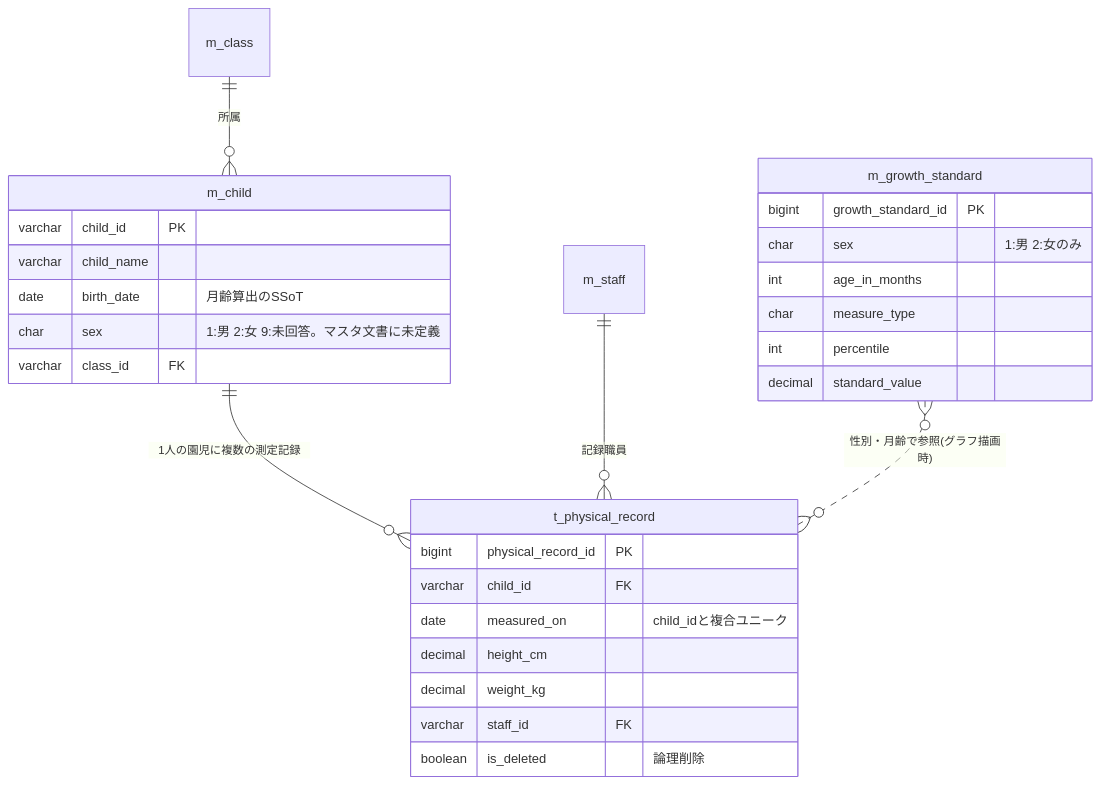
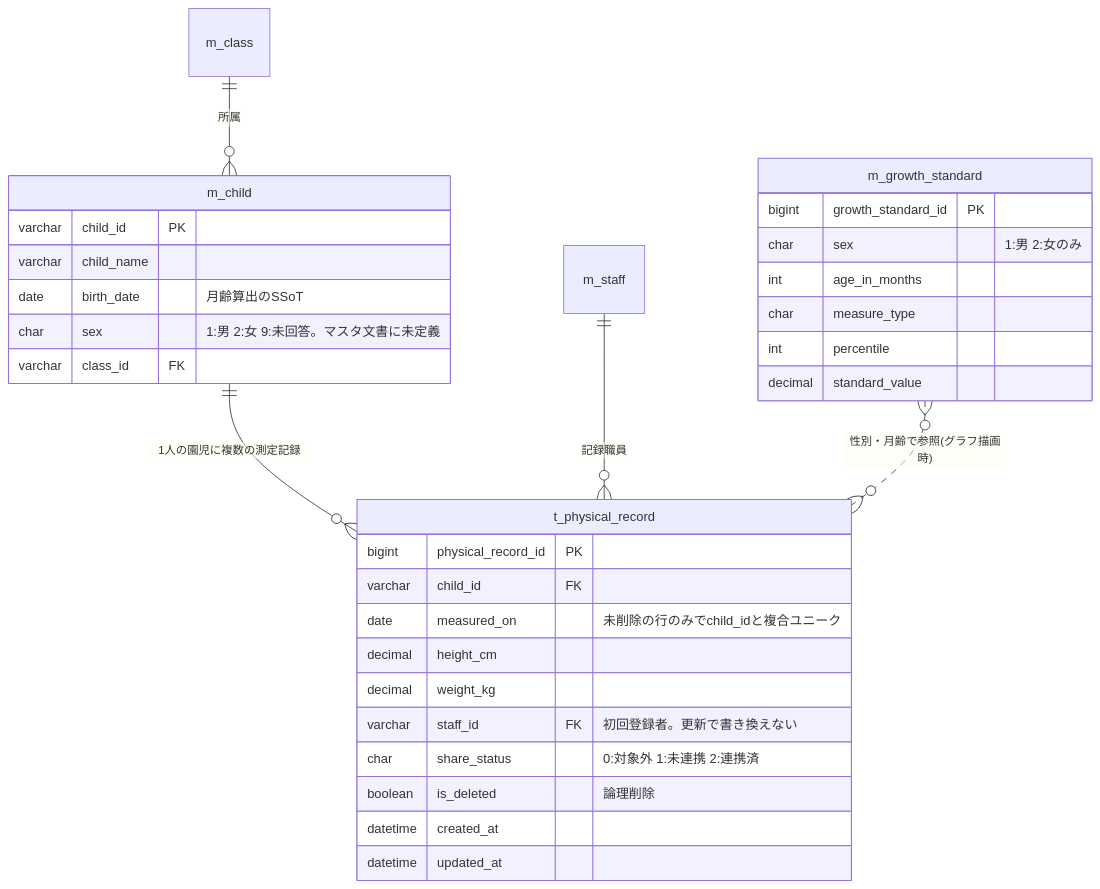
Before and after one commit to issei0423/sukusuku_system: the second of 2 diagrams in 基本設計書（身体記録のみ）.md, drawn with Mermaid. The commit also changed other lines of this file, not shown here.

````diff
--- a/基本設計書（身体記録のみ）.md
+++ b/基本設計書（身体記録のみ）.md
@@ -426,32 +509,35 @@
 ```mermaid
 erDiagram
     m_child ||--o{ t_physical_record : "1人の園児に複数の測定記録"
     m_staff ||--o{ t_physical_record : "記録職員"
     m_class ||--o{ m_child : "所属"
     m_growth_standard }o..o{ t_physical_record : "性別・月齢で参照(グラフ描画時)"
 
     m_child {
         varchar child_id PK
         varchar child_name
         date birth_date "月齢算出のSSoT"
         char sex "1:男 2:女 9:未回答。マスタ文書に未定義"
         varchar class_id FK
     }
     t_physical_record {
         bigint physical_record_id PK
         varchar child_id FK
-        date measured_on "child_idと複合ユニーク"
+        date measured_on "未削除の行のみでchild_idと複合ユニーク"
         decimal height_cm
         decimal weight_kg
-        varchar staff_id FK
+        varchar staff_id FK "初回登録者。更新で書き換えない"
+        char share_status "0:対象外 1:未連携 2:連携済"
         boolean is_deleted "論理削除"
+        datetime created_at
+        datetime updated_at
     }
     m_growth_standard {
         bigint growth_standard_id PK
         char sex "1:男 2:女のみ"
         int age_in_months
         char measure_type
         int percentile
         decimal standard_value
     }
 ```
````
